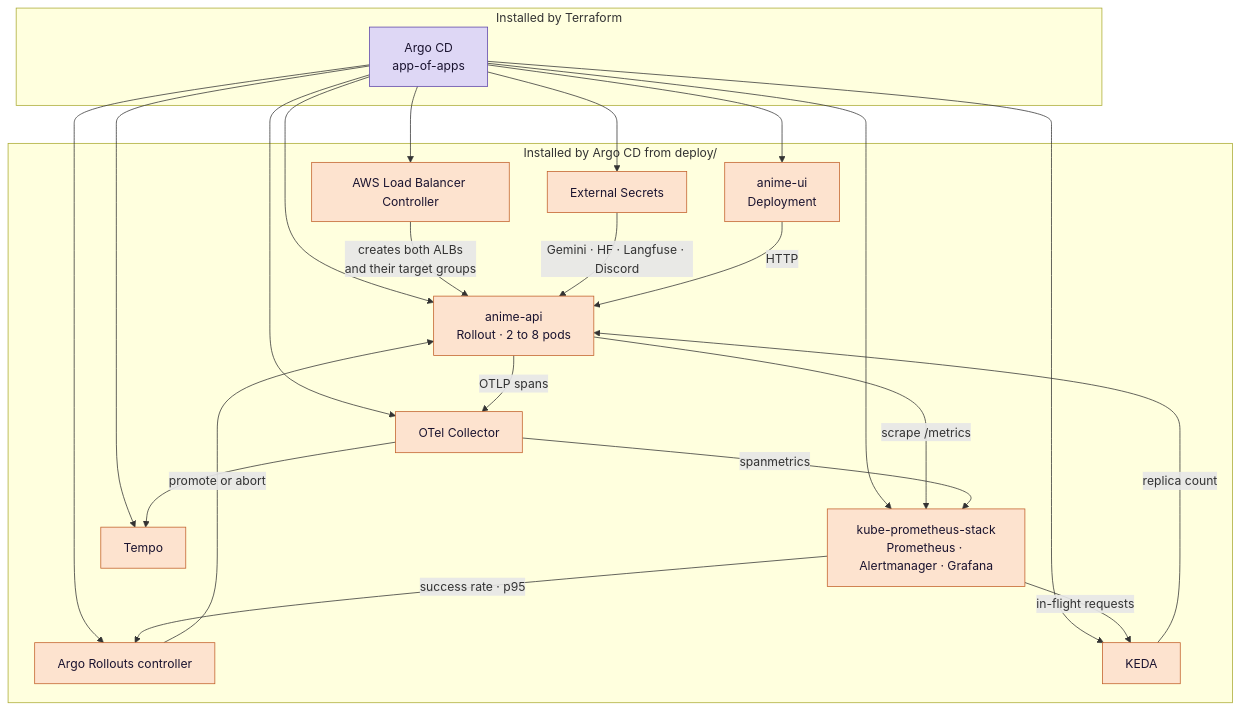
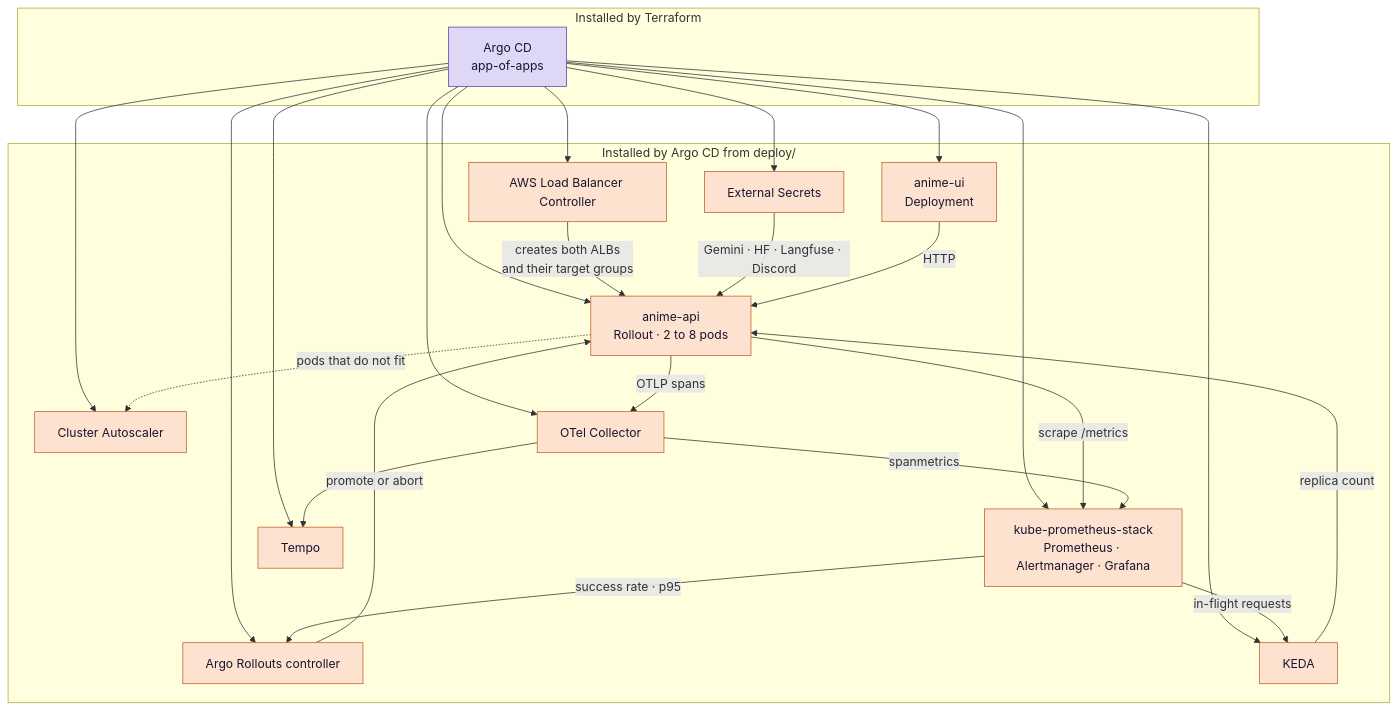
The second of 4 diagrams in README.md (biabeogo147/Anime-Recommender), drawn with Mermaid before and after one commit. The commit also changed other lines of this file and 17 other files, not shown here.

````diff
--- a/README.md
+++ b/README.md
@@ -129,36 +131,38 @@
 ```mermaid
 flowchart TB
     subgraph TF["Installed by Terraform"]
         ARGO["Argo CD<br/>app-of-apps"]
     end
 
     subgraph GIT["Installed by Argo CD from deploy/"]
         LBC["AWS Load Balancer Controller"]
         ESO["External Secrets"]
         PROM["kube-prometheus-stack<br/>Prometheus · Alertmanager · Grafana"]
         ROLLOUTS["Argo Rollouts controller"]
         KEDA["KEDA"]
+        CAS["Cluster Autoscaler"]
         OTEL["OTel Collector"]
         TEMPO["Tempo"]
         API["anime-api<br/>Rollout · 2 to 8 pods"]
         UI["anime-ui<br/>Deployment"]
     end
 
-    ARGO --> LBC & ESO & PROM & ROLLOUTS & KEDA & OTEL & TEMPO & API & UI
+    ARGO --> LBC & ESO & PROM & ROLLOUTS & KEDA & CAS & OTEL & TEMPO & API & UI
     LBC -->|"creates both ALBs<br/>and their target groups"| API
     ESO -->|"Gemini · HF · Langfuse · Discord"| API
     API -->|"scrape /metrics"| PROM
     API -->|"OTLP spans"| OTEL
     OTEL --> TEMPO
     OTEL -->|"spanmetrics"| PROM
     PROM -->|"success rate · p95"| ROLLOUTS
     PROM -->|"in-flight requests"| KEDA
     ROLLOUTS -->|"promote or abort"| API
     KEDA -->|"replica count"| API
+    API -.->|"pods that do not fit"| CAS
     UI -->|"HTTP"| API
 
     classDef tf fill:#ded7f5,stroke:#5b43a8,color:#1b1430;
     classDef argo fill:#fde3cf,stroke:#c2602a,color:#1b1430;
     class ARGO tf
-    class LBC,ESO,PROM,ROLLOUTS,KEDA,OTEL,TEMPO,API,UI argo
+    class LBC,ESO,PROM,ROLLOUTS,KEDA,CAS,OTEL,TEMPO,API,UI argo
 ```
````
